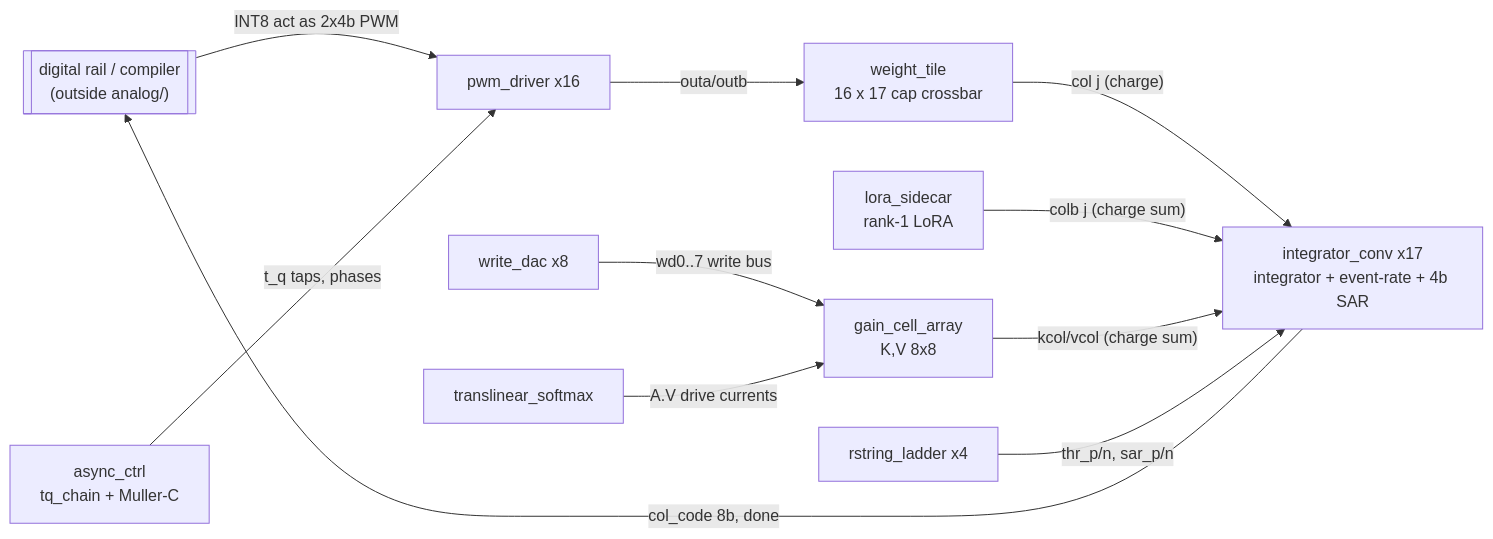
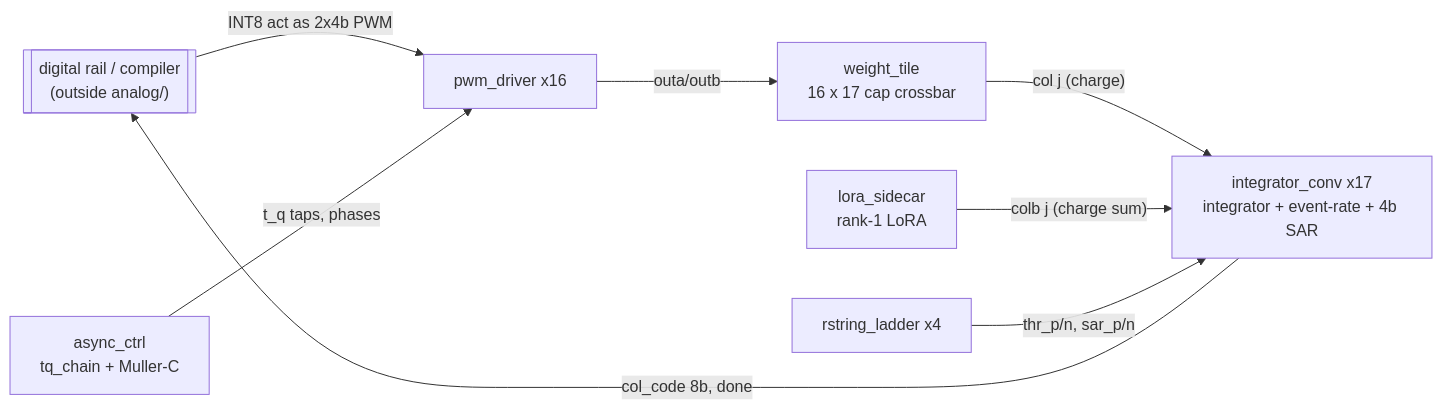
Before and after one commit to OmarSiwy/HT-AIMC: the first of 2 diagrams in analog/README.md, drawn with Mermaid. The commit also changed other lines of this file and 82 other files, not shown here.

````diff
--- a/analog/README.md
+++ b/analog/README.md
@@ -10,24 +10,18 @@
 ```mermaid
 flowchart LR
     rail[["digital rail / compiler<br/>(outside analog/)"]]
     ctrl[async_ctrl<br/>tq_chain + Muller-C]
     pwm[pwm_driver x16]
     tile[weight_tile<br/>16 x 17 cap crossbar]
     conv[integrator_conv x17<br/>integrator + event-rate + 4b SAR]
     ladder[rstring_ladder x4]
     lora[lora_sidecar<br/>rank-1 LoRA]
-    kv[gain_cell_array<br/>K,V 8x8]
-    wdac[write_dac x8]
-    sm[translinear_softmax]
 
     rail -- "INT8 act as 2x4b PWM" --> pwm
     ctrl -- "t_q taps, phases" --> pwm
     pwm -- "outa/outb" --> tile
     tile -- "col j (charge)" --> conv
     lora -- "colb j (charge sum)" --> conv
-    kv -- "kcol/vcol (charge sum)" --> conv
-    wdac -- "wd0..7 write bus" --> kv
     ladder -- "thr_p/n, sar_p/n" --> conv
     conv -- "col_code 8b, done" --> rail
-    sm -- "A.V drive currents" --> kv
 ```
````
